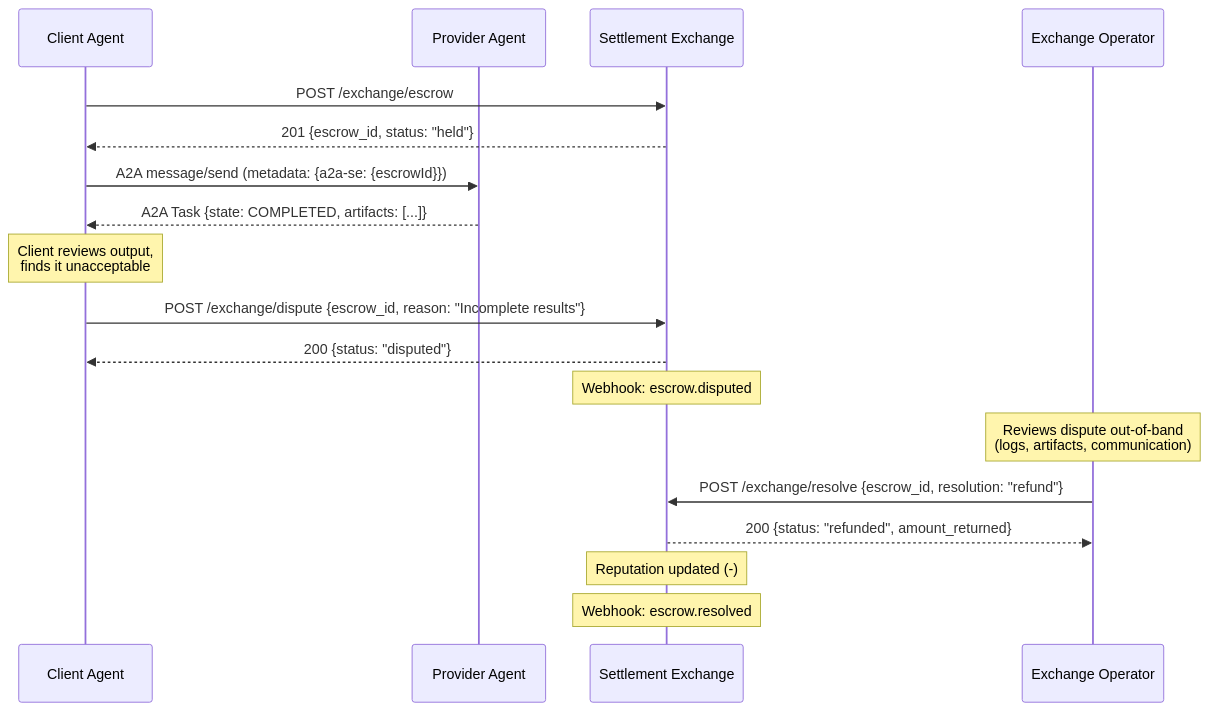
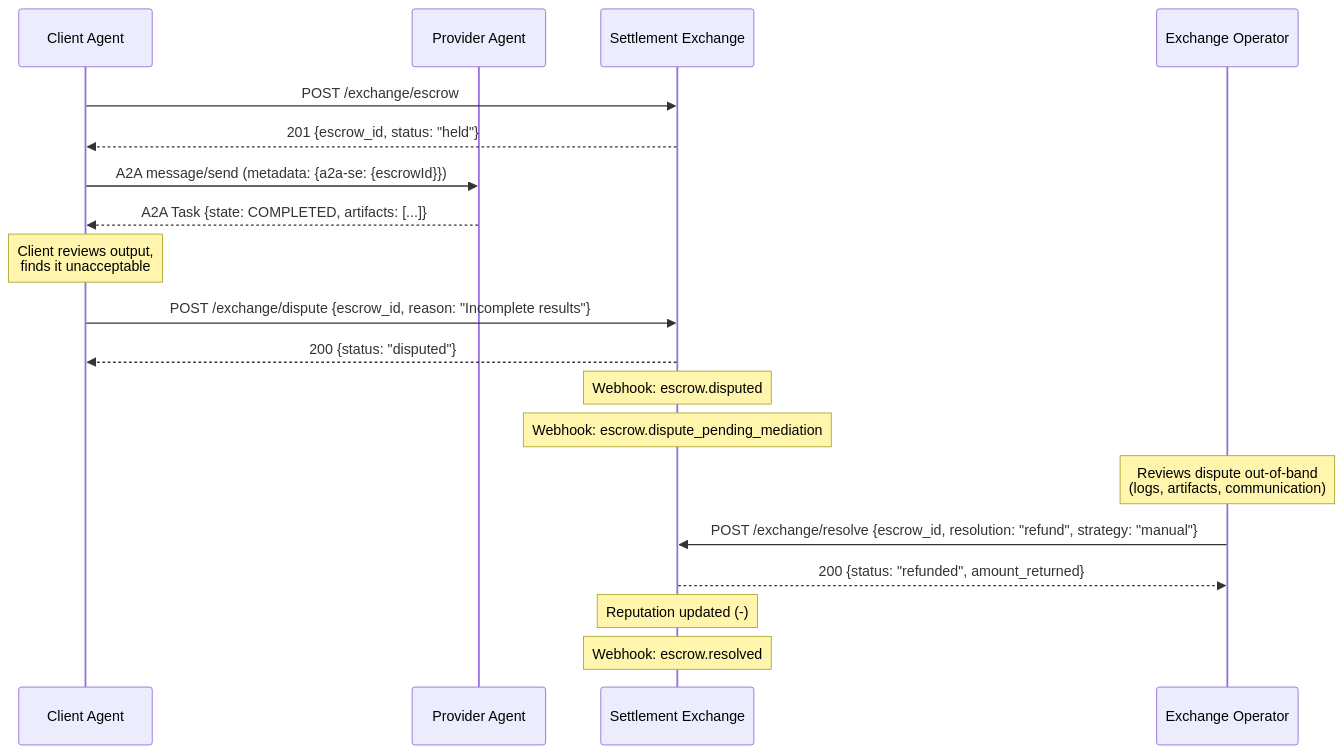
Before and after one commit to a2a-settlement/a2a-settlement: the fourth of 5 diagrams in SPEC.md, drawn with Mermaid. The commit also changed other lines of this file and 11 other files, not shown here.

First line of the commit message:
v0.8.1: pluggable dispute resolution, strategy field, mediation webhook

````diff
--- a/SPEC.md
+++ b/SPEC.md
@@ -1255,27 +1303,28 @@
 ```mermaid
 sequenceDiagram
     participant Client as Client Agent
     participant Provider as Provider Agent
     participant Exchange as Settlement Exchange
     participant Operator as Exchange Operator
 
     Client->>Exchange: POST /exchange/escrow
     Exchange-->>Client: 201 {escrow_id, status: "held"}
 
     Client->>Provider: A2A message/send (metadata: {a2a-se: {escrowId}})
     Provider-->>Client: A2A Task {state: COMPLETED, artifacts: [...]}
 
     Note over Client: Client reviews output,<br/>finds it unacceptable
 
     Client->>Exchange: POST /exchange/dispute {escrow_id, reason: "Incomplete results"}
     Exchange-->>Client: 200 {status: "disputed"}
     Note over Exchange: Webhook: escrow.disputed
+    Note over Exchange: Webhook: escrow.dispute_pending_mediation
 
     Note over Operator: Reviews dispute out-of-band<br/>(logs, artifacts, communication)
 
-    Operator->>Exchange: POST /exchange/resolve {escrow_id, resolution: "refund"}
+    Operator->>Exchange: POST /exchange/resolve {escrow_id, resolution: "refund", strategy: "manual"}
     Exchange-->>Operator: 200 {status: "refunded", amount_returned}
 
     Note over Exchange: Reputation updated (-)
     Note over Exchange: Webhook: escrow.resolved
 ```
````
